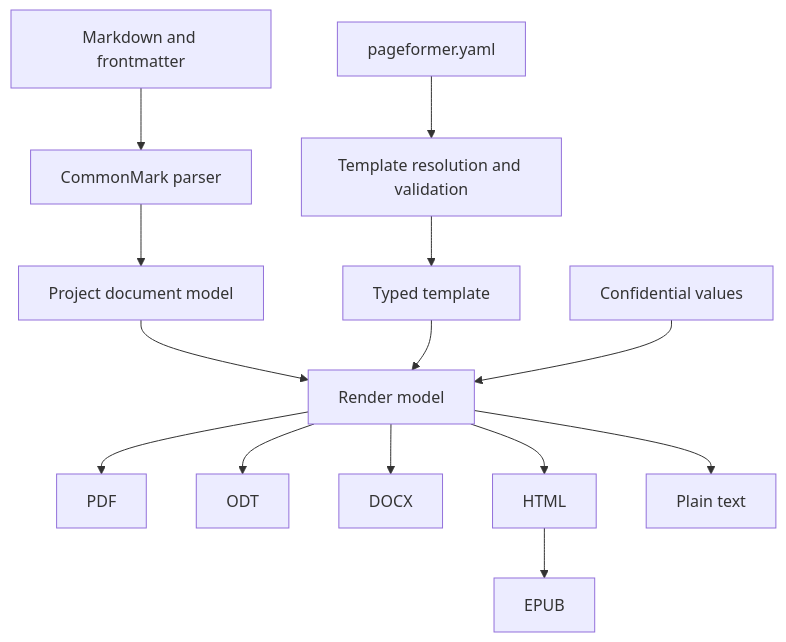
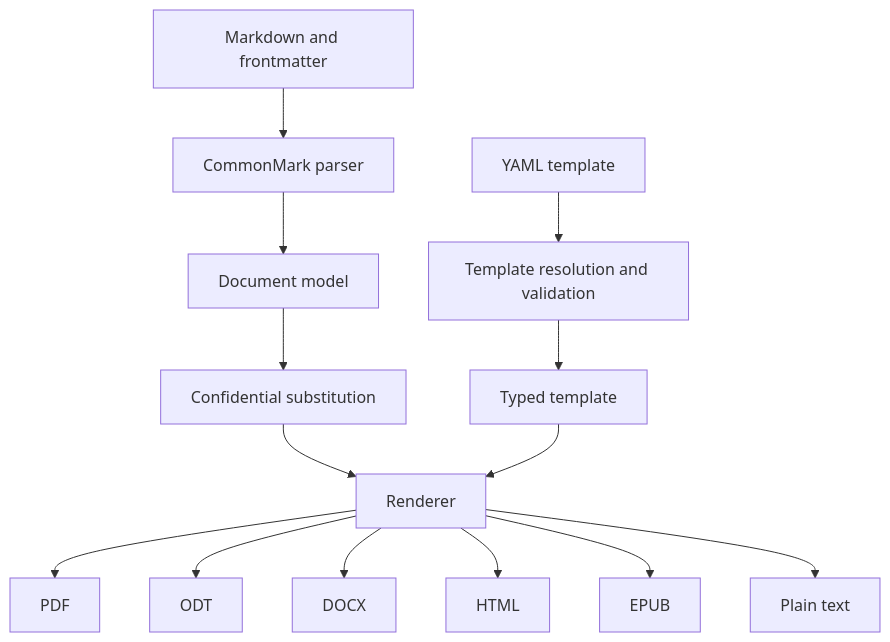
The diagram in docs/architecture.md (Tralen/pageformer), drawn with Mermaid before and after one commit. The commit also changed other lines of this file and 13 other files, not shown here.

````diff
--- a/docs/architecture.md
+++ b/docs/architecture.md
@@ -5,16 +5,16 @@
 ```mermaid
 flowchart TD
     MD[Markdown and frontmatter] --> Parser[CommonMark parser]
-    Parser --> AST[Project document model]
-    YAML[pageformer.yaml] --> Resolver[Template resolution and validation]
+    Parser --> AST[Document model]
+    AST --> Confidential[Confidential substitution]
+    YAML[YAML template] --> Resolver[Template resolution and validation]
     Resolver --> Template[Typed template]
-    AST --> Render[Render model]
+    Confidential --> Render[Renderer]
     Template --> Render
-    Confidential[Confidential values] --> Render
     Render --> PDF[PDF]
     Render --> ODT[ODT]
     Render --> DOCX[DOCX]
     Render --> HTML[HTML]
-    HTML --> EPUB[EPUB]
+    Render --> EPUB[EPUB]
     Render --> TXT[Plain text]
 ```
````
